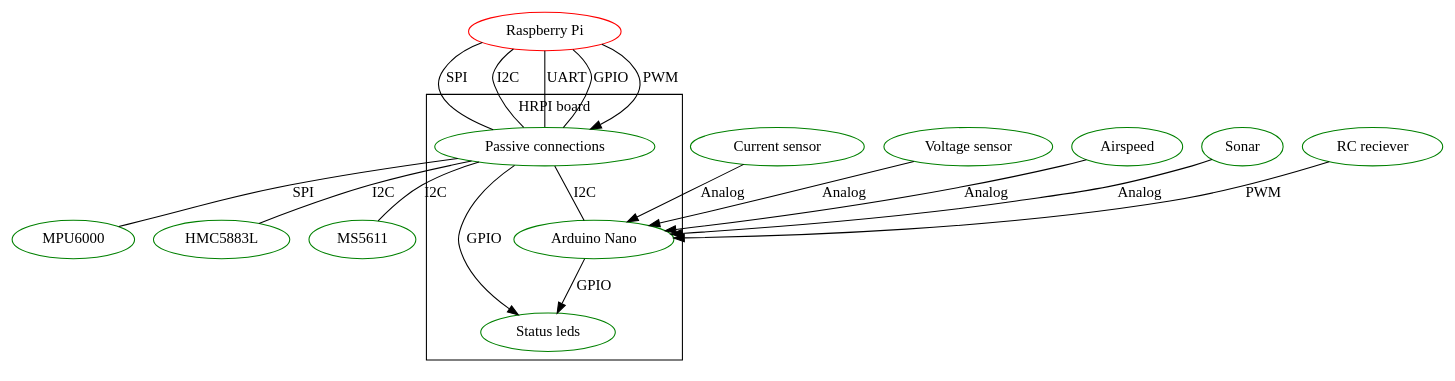
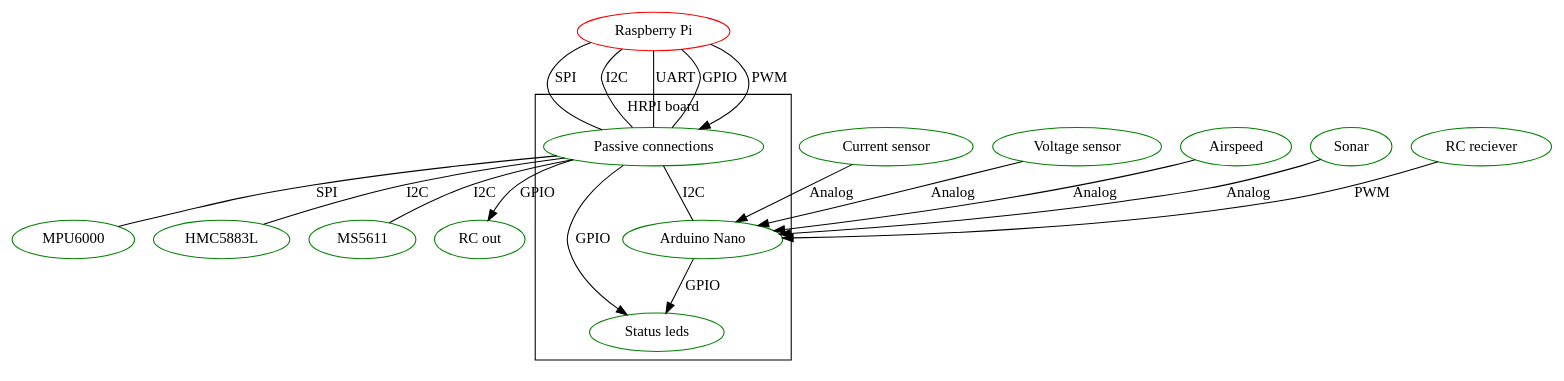
The diagram in doc/scheme.dot (VladimirP1/hardware-hrpi), drawn with Graphviz before and after one commit. The commit also changed 2 other files, not shown here.

```diff
--- a/doc/scheme.dot
+++ b/doc/scheme.dot
@@ -1,41 +1,43 @@
     digraph {
         a[label="Raspberry Pi",color="red"];
 
 subgraph cluster_0 {
        label="HRPI board";
        b[label="Passive connections",color="green"];
        c[label="Arduino Nano",color="green"];
        g[label="Status leds",color="green"];
 
 }
        c5[label="Current sensor",color="green"];
        c4[label="Voltage sensor",color="green"];
        c3[label="Airspeed",color="green"];
        c2[label="Sonar",color="green"];
        c1[label="RC reciever",color="green"];
 
         d[label="MPU6000",color="green"];
         e[label="HMC5883L",color="green"];
         f[label="MS5611",color="green"];
+        y[label="RC out",color="green"];
 
         a -> b[ label="SPI",dir="none" ];
         a -> b[ label="I2C",dir="none" ];
         a -> b[ label="UART",dir="none" ];
         a -> b[ label="GPIO",dir="none" ];
         b -> g[ label="GPIO"];
         c -> g[ label="GPIO"];
+        b -> y[ label="GPIO"];
         a -> b[ label="PWM"];
 
 
         b -> c[ label="I2C",dir="none" ];
         c1 -> c[ label="PWM" ];
         c2 -> c[ label="Analog" ];
         c3 -> c[ label="Analog" ];
         c4 -> c[ label="Analog" ];
         c5 -> c[ label="Analog" ];
 
         b -> d[ label="SPI",dir="none" ];
         b -> e[ label="I2C",dir="none" ];
         b -> f[ label="I2C",dir="none" ];
 
     }
```
